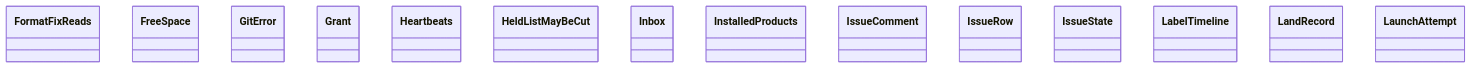
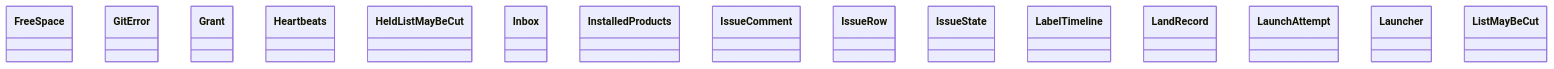
One commit to GonzaloZevallos/agentic-system changed the diagram in docs/architecture/generated/classes-process-application-support-3.md. Above: the diagram before and after it, drawn with Mermaid. The commit also changed other lines of this file and 18 other files, not shown here.

````diff
--- a/docs/architecture/generated/classes-process-application-support-3.md
+++ b/docs/architecture/generated/classes-process-application-support-3.md
@@ -20,17 +20,18 @@
 ```mermaid
 classDiagram
-    class ports__FormatFixReads["FormatFixReads"]
     class ports__FreeSpace["FreeSpace"]
     class ports__GitError["GitError"]
     class ports__Grant["Grant"]
     class ports__Heartbeats["Heartbeats"]
     class ports__HeldListMayBeCut["HeldListMayBeCut"]
     class ports__Inbox["Inbox"]
     class ports__InstalledProducts["InstalledProducts"]
     class ports__IssueComment["IssueComment"]
     class ports__IssueRow["IssueRow"]
     class ports__IssueState["IssueState"]
     class ports__LabelTimeline["LabelTimeline"]
     class ports__LandRecord["LandRecord"]
     class ports__LaunchAttempt["LaunchAttempt"]
+    class ports__Launcher["Launcher"]
+    class ports__ListMayBeCut["ListMayBeCut"]
 ```
````
